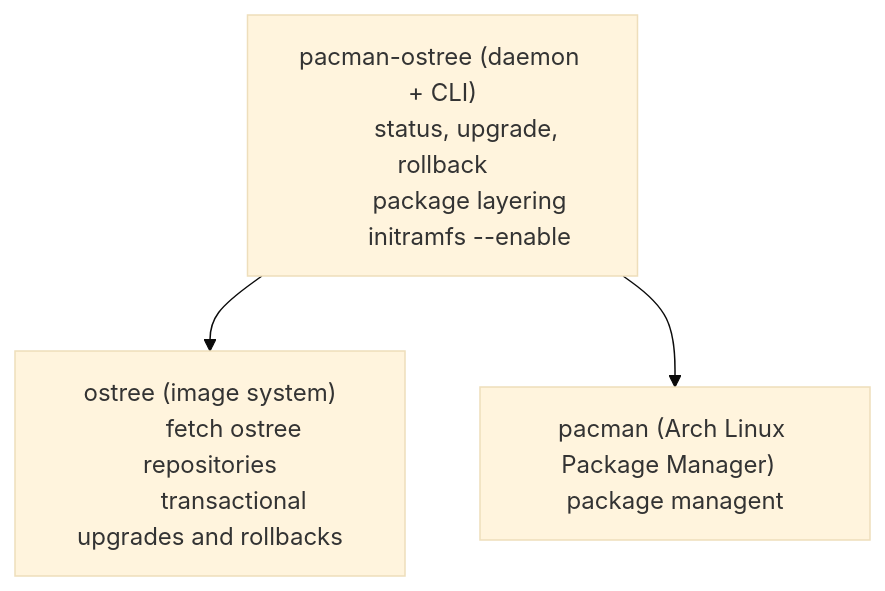
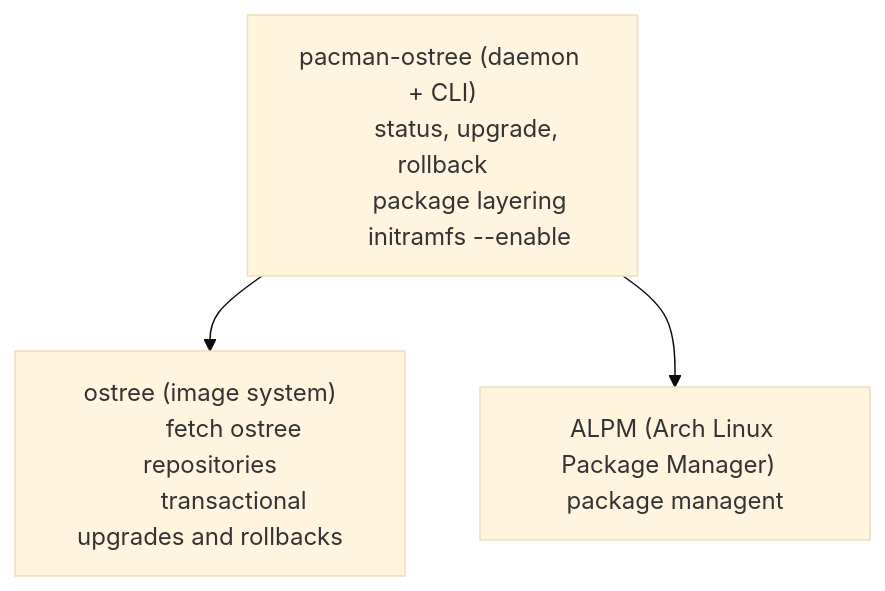
Before and after one commit to ImmutableArch/pacman-ostree: the diagram in README.md, drawn with Mermaid (base theme). The commit also changed other lines of this file and 19 other files, not shown here.

````diff
--- a/README.md
+++ b/README.md
@@ -8,15 +8,15 @@
 ```mermaid
 flowchart TD
     pacmanostree["pacman-ostree (daemon + CLI)
         status, upgrade, rollback
         package layering
         initramfs --enable"] 
     ostree["ostree (image system)
         fetch ostree repositories
         transactional upgrades and rollbacks"]
-    pacman["pacman (Arch Linux Package Manager)  package managent
+    alpm["ALPM (Arch Linux Package Manager)  package managent
         "]
 
     pacmanostree --> ostree
-    pacmanostree --> pacman
+    pacmanostree --> alpm
 ```
````
